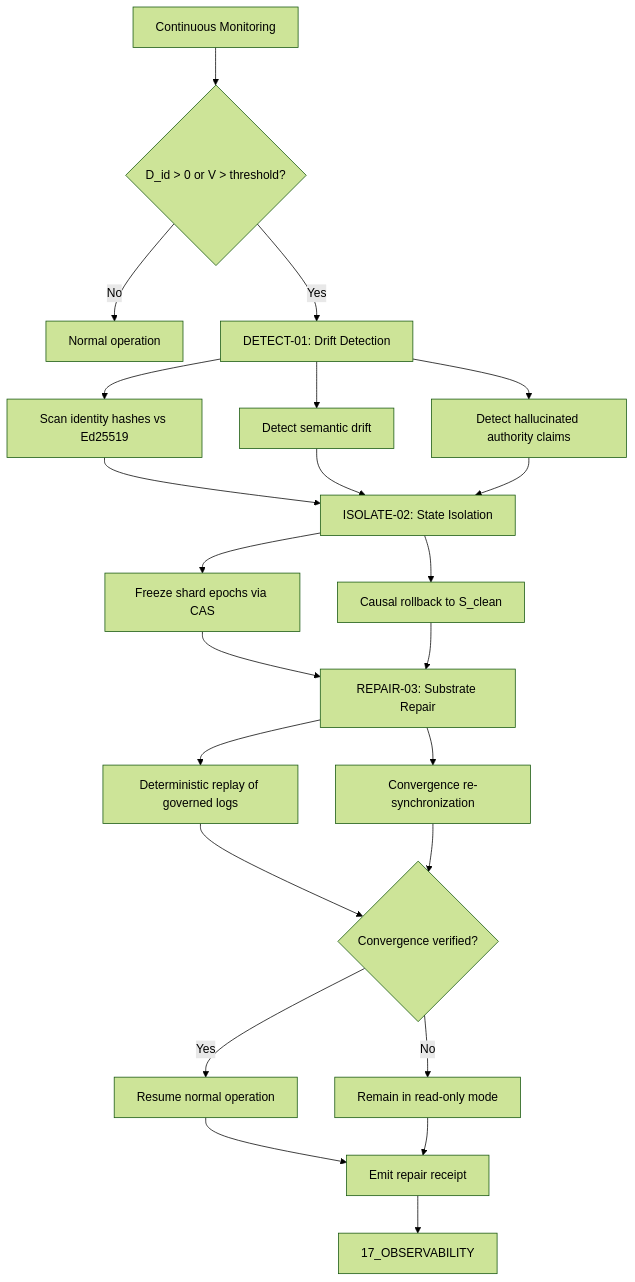
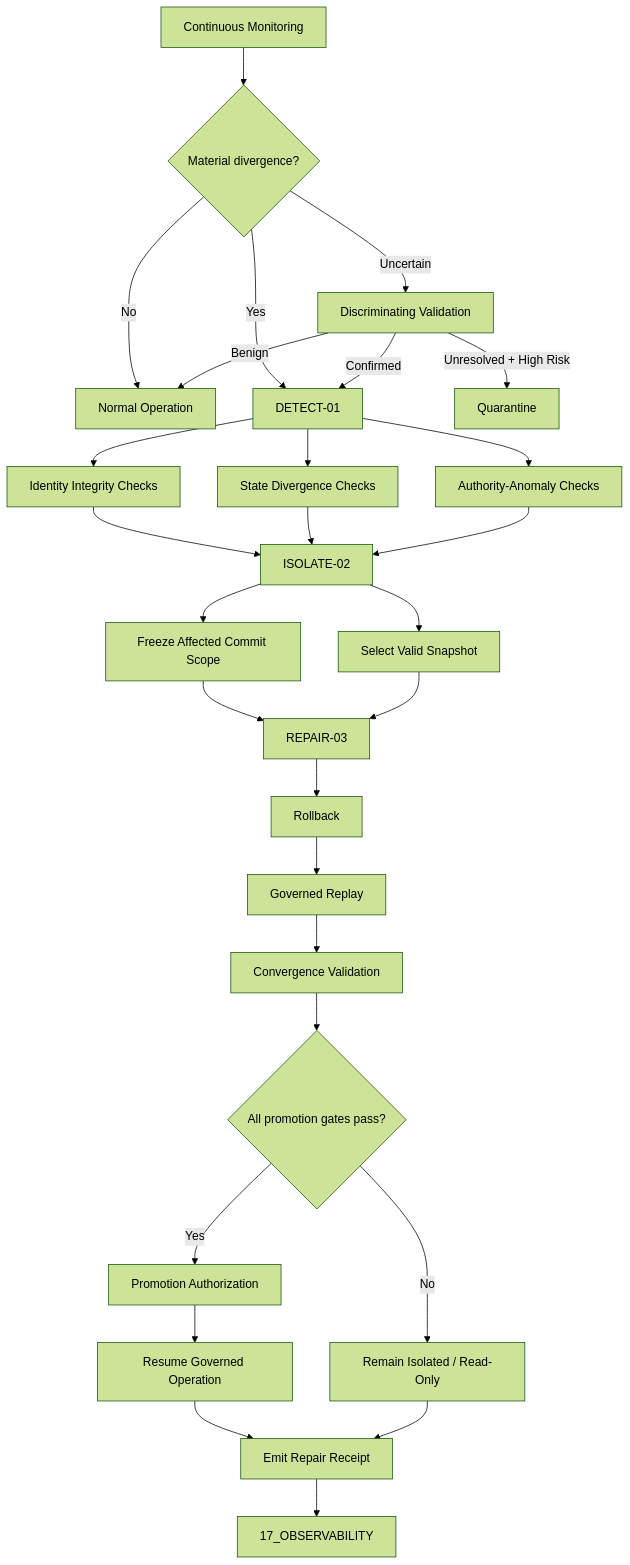
One commit to trangyp/AMOS-OS changed the diagram in 02_KERNEL/AMOS_IDENTITY_ENTROPY_REPAIR_ARCHITECTURE.md. Above: the diagram before and after it, drawn with Mermaid (forest theme). The commit also changed other lines of this file and 6875 other files, not shown here.

````diff
--- a/02_KERNEL/AMOS_IDENTITY_ENTROPY_REPAIR_ARCHITECTURE.md
+++ b/02_KERNEL/AMOS_IDENTITY_ENTROPY_REPAIR_ARCHITECTURE.md
@@ -95,21 +601,42 @@
 ```mermaid
 graph TD
-    A[Continuous Monitoring] --> B{D_id > 0 or V > threshold?}
-    B -->|No| C[Normal operation]
-    B -->|Yes| D[DETECT-01: Drift Detection]
-    D --> D1[Scan identity hashes vs Ed25519]
-    D --> D2[Detect semantic drift]
-    D --> D3[Detect hallucinated authority claims]
-    D1 & D2 & D3 --> E[ISOLATE-02: State Isolation]
-    E --> E1[Freeze shard epochs via CAS]
-    E --> E2[Causal rollback to S_clean]
-    E1 & E2 --> F[REPAIR-03: Substrate Repair]
-    F --> F1[Deterministic replay of governed logs]
-    F --> F2[Convergence re-synchronization]
-    F1 & F2 --> G{Convergence verified?}
-    G -->|Yes| H[Resume normal operation]
-    G -->|No| I[Remain in read-only mode]
-    H --> J[Emit repair receipt]
-    I --> J
-    J --> K[17_OBSERVABILITY]
+    A[Continuous Monitoring] --> B{Material divergence?}
+
+    B -->|No| C[Normal Operation]
+    B -->|Uncertain| D[Discriminating Validation]
+    B -->|Yes| E[DETECT-01]
+
+    D -->|Benign| C
+    D -->|Confirmed| E
+    D -->|Unresolved + High Risk| F[Quarantine]
+
+    E --> E1[Identity Integrity Checks]
+    E --> E2[State Divergence Checks]
+    E --> E3[Authority-Anomaly Checks]
+
+    E1 --> G[ISOLATE-02]
+    E2 --> G
+    E3 --> G
+
+    G --> G1[Freeze Affected Commit Scope]
+    G --> G2[Select Valid Snapshot]
+
+    G1 --> H[REPAIR-03]
+    G2 --> H
+
+    H --> H1[Rollback]
+    H1 --> H2[Governed Replay]
+    H2 --> H3[Convergence Validation]
+
+    H3 --> I{All promotion gates pass?}
+
+    I -->|Yes| J[Promotion Authorization]
+    J --> K[Resume Governed Operation]
+
+    I -->|No| L[Remain Isolated / Read-Only]
+
+    K --> M[Emit Repair Receipt]
+    L --> M
+
+    M --> N[17_OBSERVABILITY]
 ```
````
